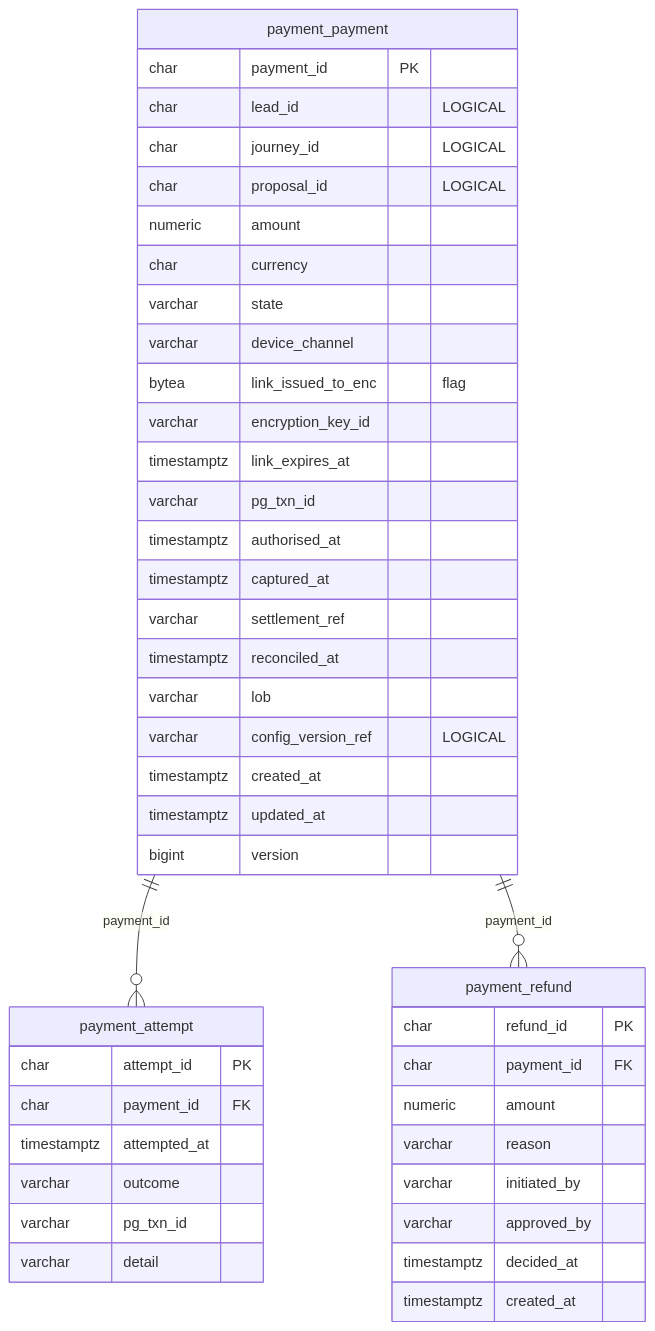
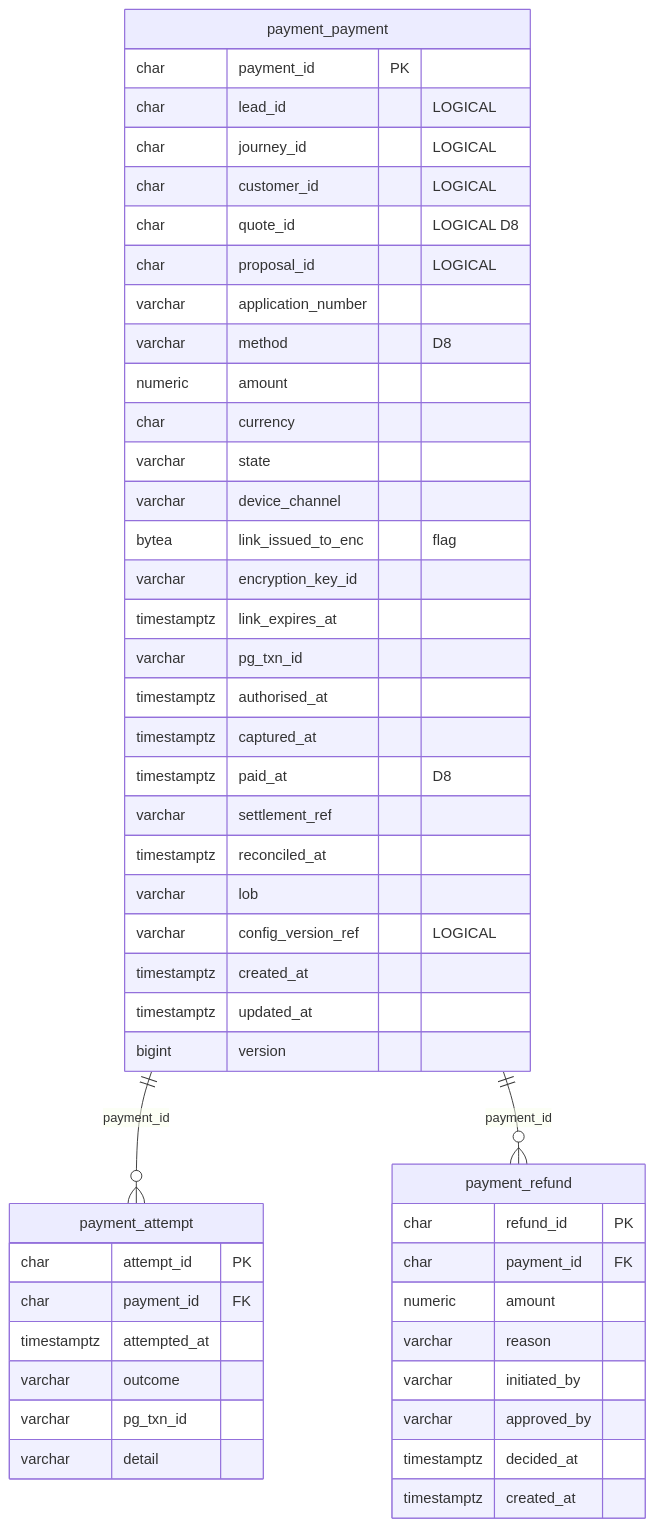
Before and after one commit to Mahesh38/bank-insurance-platform: diagram 11 of 14 in docs/platform/data-architecture/05-e2e-er-and-field-map.md, drawn with Mermaid. The commit also changed other lines of this file and 348 other files, not shown here.

````diff
--- a/docs/platform/data-architecture/05-e2e-er-and-field-map.md
+++ b/docs/platform/data-architecture/05-e2e-er-and-field-map.md
@@ -857,46 +978,51 @@
 ```mermaid
 erDiagram
     payment_payment {
         char payment_id PK
         char lead_id "LOGICAL"
         char journey_id "LOGICAL"
+        char customer_id "LOGICAL"
+        char quote_id "LOGICAL D8"
         char proposal_id "LOGICAL"
+        varchar application_number
+        varchar method "D8"
         numeric amount
         char currency
         varchar state
         varchar device_channel
         bytea link_issued_to_enc "flag"
         varchar encryption_key_id
         timestamptz link_expires_at
         varchar pg_txn_id
         timestamptz authorised_at
         timestamptz captured_at
+        timestamptz paid_at "D8"
         varchar settlement_ref
         timestamptz reconciled_at
         varchar lob
         varchar config_version_ref "LOGICAL"
         timestamptz created_at
         timestamptz updated_at
         bigint version
     }
     payment_attempt {
         char attempt_id PK
         char payment_id FK
         timestamptz attempted_at
         varchar outcome
         varchar pg_txn_id
         varchar detail
     }
     payment_refund {
         char refund_id PK
         char payment_id FK
         numeric amount
         varchar reason
         varchar initiated_by
         varchar approved_by
         timestamptz decided_at
         timestamptz created_at
     }
     payment_payment ||--o{ payment_attempt : "payment_id"
     payment_payment ||--o{ payment_refund : "payment_id"
 ```
````
